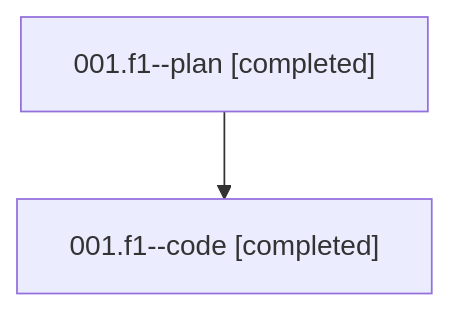
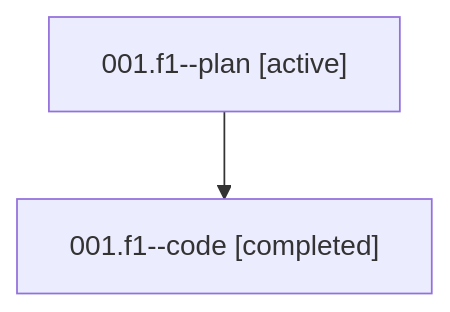
One commit to sase-org/sase--agents changed the diagram in families/bbugyi200.athena.001.f1.md. Above: the diagram before and after it, drawn with Mermaid. The commit also changed other lines of this file and 35830 other files, not shown here.

````diff
--- a/families/bbugyi200.athena.001.f1.md
+++ b/families/bbugyi200.athena.001.f1.md
@@ -9,6 +9,6 @@
 ```mermaid
 flowchart TD
-  n0["001.f1--plan [completed]"]
+  n0["001.f1--plan [active]"]
   n1["001.f1--code [completed]"]
   n0 --> n1
 ```
````
